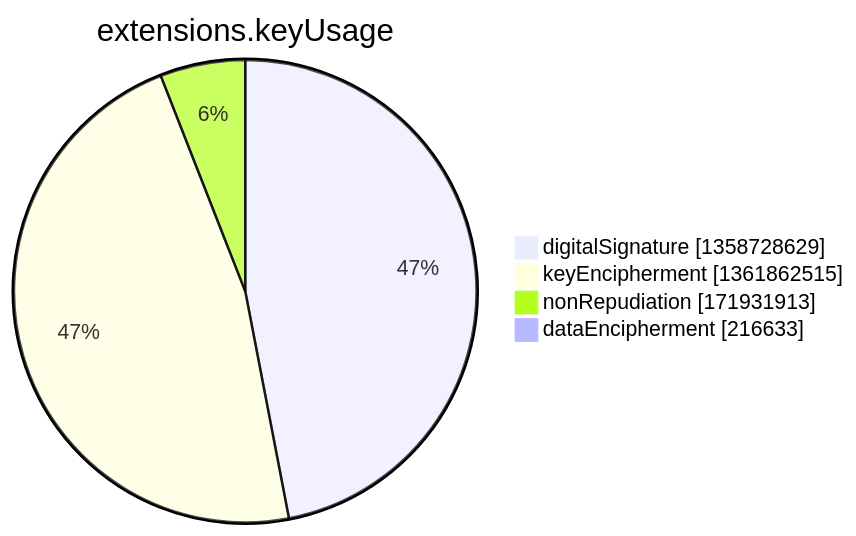
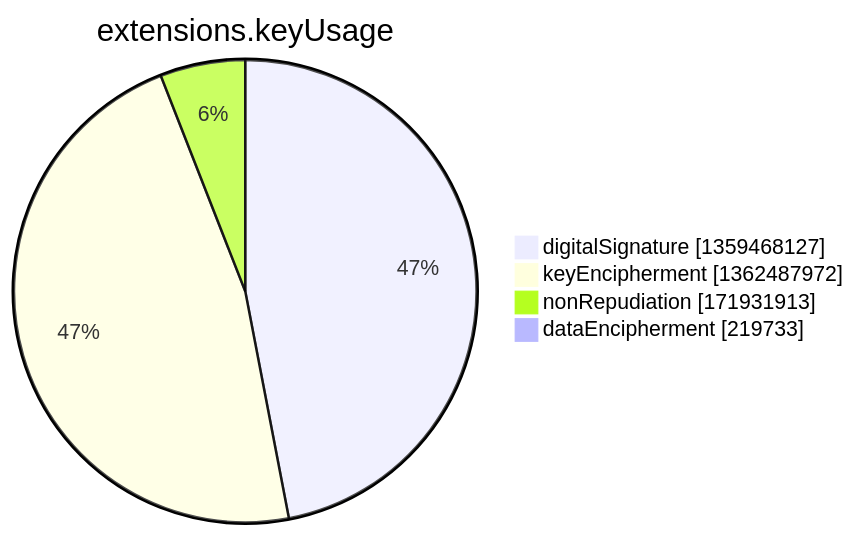
The seventh of 15 diagrams in argon2022/README.md (christiankrug/ctmonitor_visualization), drawn with Mermaid before and after one commit. The commit also changed other lines of this file, not shown here.

````diff
--- a/argon2022/README.md
+++ b/argon2022/README.md
@@ -2750,8 +2750,8 @@
 ```mermaid
 pie showData
 title extensions.keyUsage
-"digitalSignature" :1358728629
-"keyEncipherment" :1361862515
+"digitalSignature" :1359468127
+"keyEncipherment" :1362487972
 "nonRepudiation" :171931913
-"dataEncipherment" :216633
+"dataEncipherment" :219733
 ```
````
